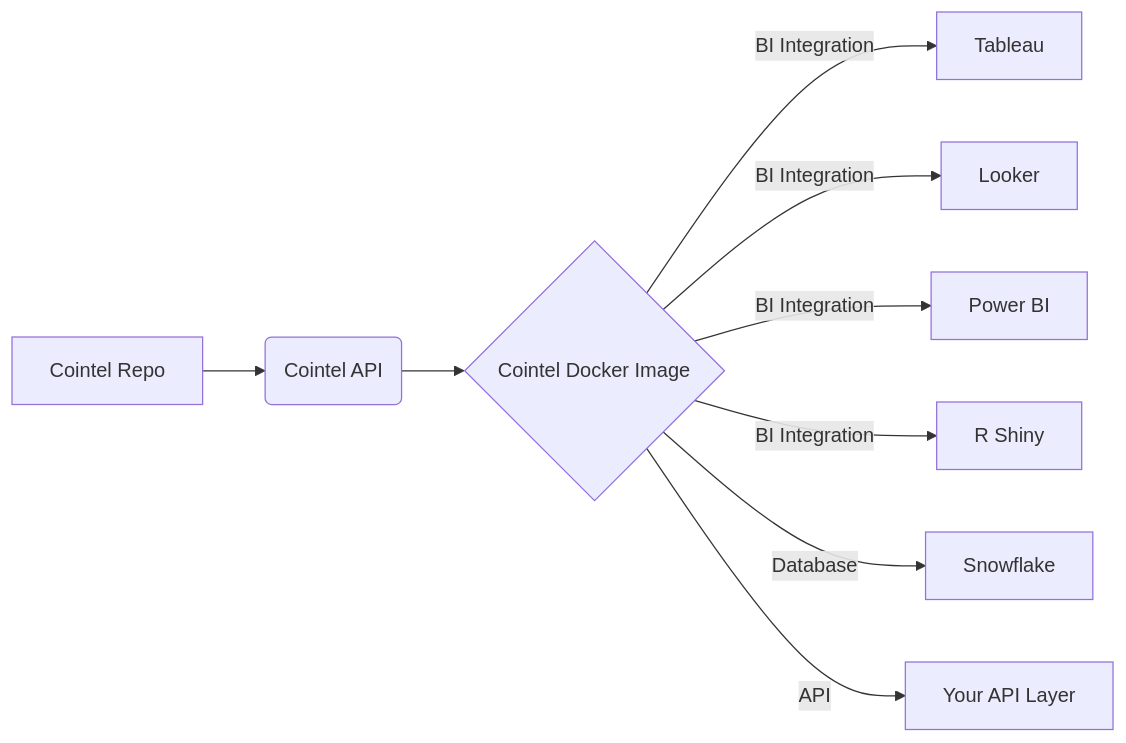
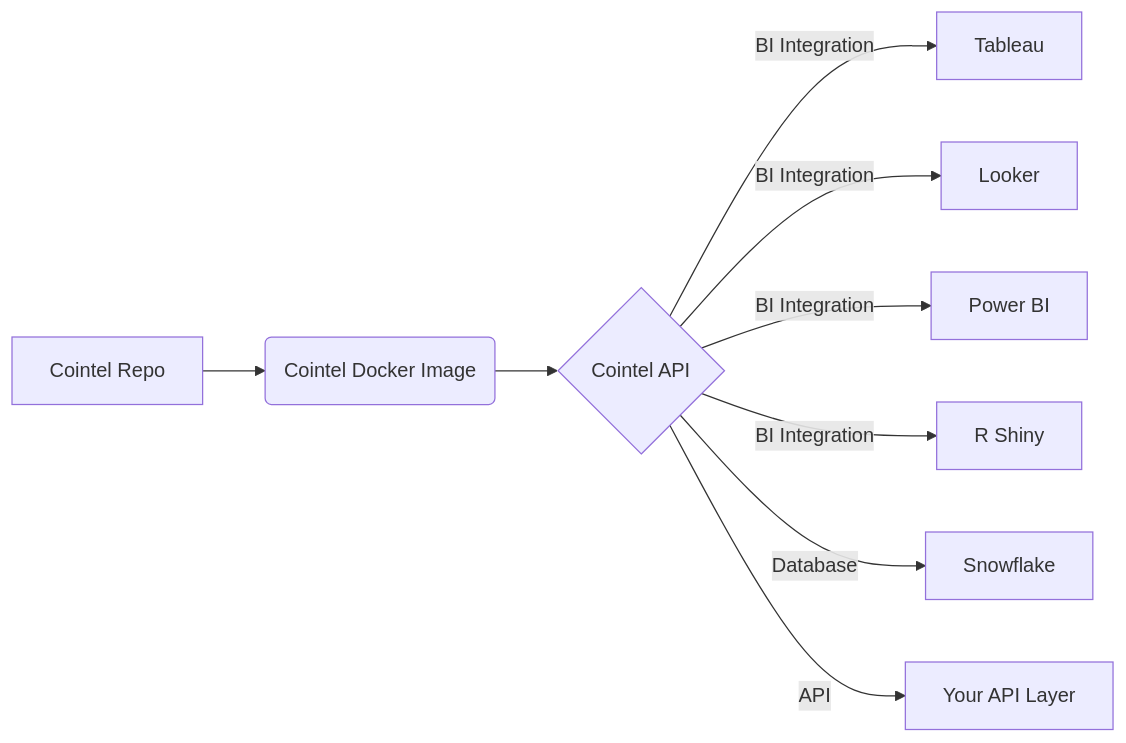
Before and after one commit to cointelfinance/cointelfinance: the diagram in README.md, drawn with Mermaid.

````diff
--- a/README.md
+++ b/README.md
@@ -2,11 +2,11 @@
 ```mermaid
 flowchart LR
-A[Cointel Repo] --> B(Cointel API)
-B --> C{Cointel Docker Image}
+A[Cointel Repo] --> B(Cointel Docker Image)
+B --> C{Cointel API}
 C -->|BI Integration| D[Tableau]
 C -->|BI Integration| E[Looker]
 C -->|BI Integration| F[Power BI]
 C -->|BI Integration| G[R Shiny]
 C -->|Database| H[Snowflake]
 C -->|API| I[Your API Layer]
 ```
````
